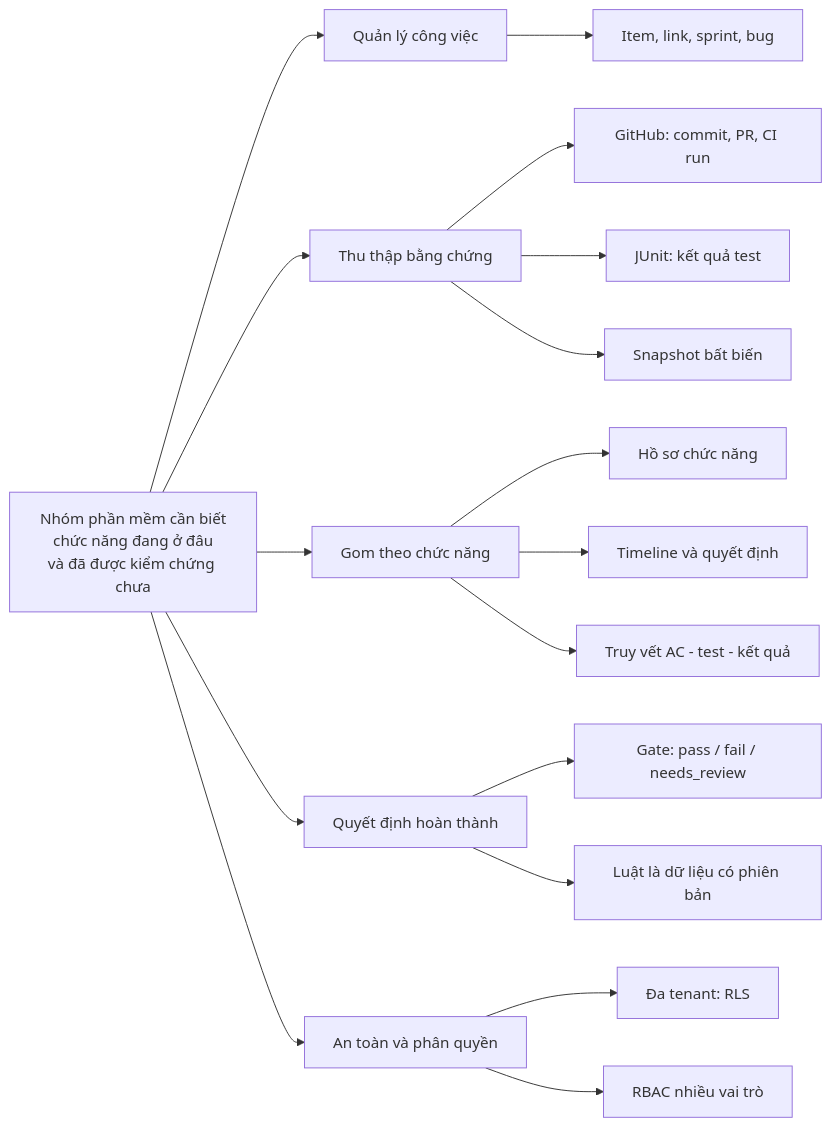
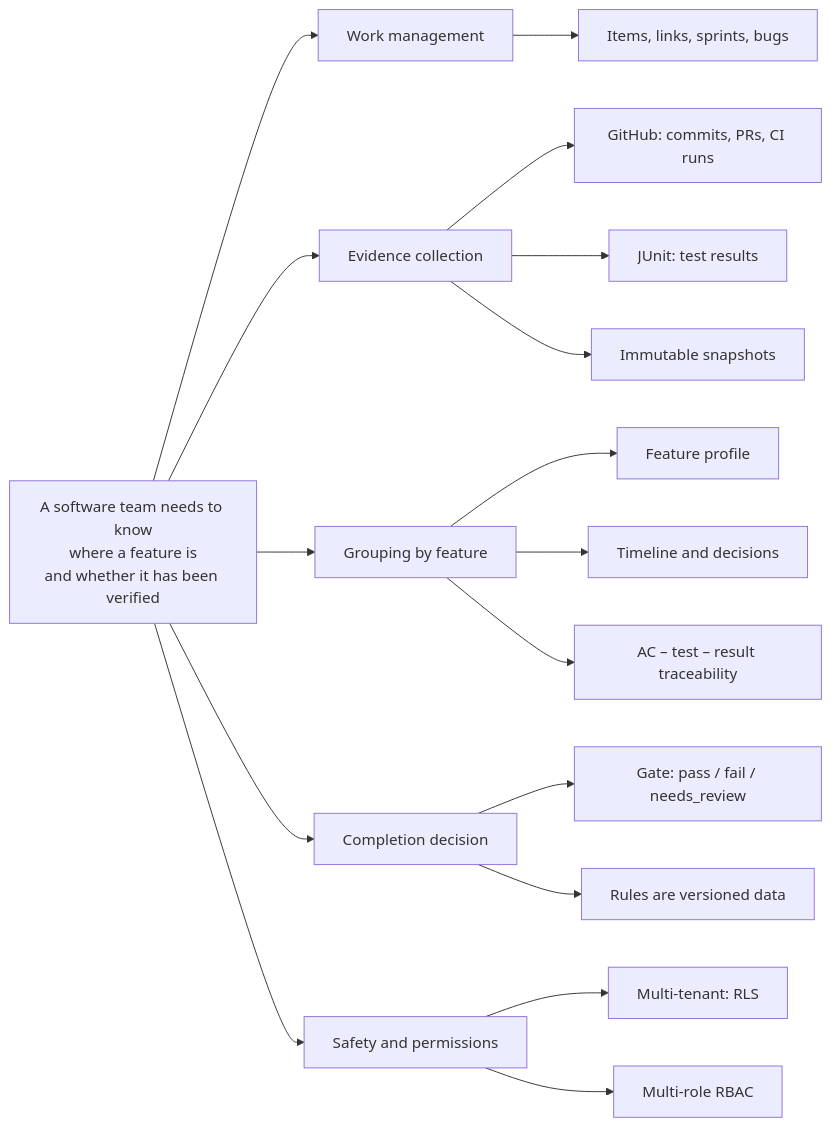
One commit to tungld9999blacksmith/Strata changed the first of 21 diagrams in README.md. Above: the diagram before and after it, drawn with Mermaid. The commit also changed other lines of this file and 13 other files, not shown here.

````diff
--- a/README.md
+++ b/README.md
@@ -51,20 +51,20 @@
 ```mermaid
 flowchart LR
-    ROOT["Nhóm phần mềm cần biết<br/>chức năng đang ở đâu<br/>và đã được kiểm chứng chưa"]
-    ROOT --> A["Quản lý công việc"]
-    ROOT --> B["Thu thập bằng chứng"]
-    ROOT --> C["Gom theo chức năng"]
-    ROOT --> D["Quyết định hoàn thành"]
-    ROOT --> E["An toàn và phân quyền"]
-    A --> A1["Item, link, sprint, bug"]
-    B --> B1["GitHub: commit, PR, CI run"]
-    B --> B2["JUnit: kết quả test"]
-    B --> B3["Snapshot bất biến"]
-    C --> C1["Hồ sơ chức năng"]
-    C --> C2["Timeline và quyết định"]
-    C --> C3["Truy vết AC - test - kết quả"]
+    ROOT["A software team needs to know<br/>where a feature is<br/>and whether it has been verified"]
+    ROOT --> A["Work management"]
+    ROOT --> B["Evidence collection"]
+    ROOT --> C["Grouping by feature"]
+    ROOT --> D["Completion decision"]
+    ROOT --> E["Safety and permissions"]
+    A --> A1["Items, links, sprints, bugs"]
+    B --> B1["GitHub: commits, PRs, CI runs"]
+    B --> B2["JUnit: test results"]
+    B --> B3["Immutable snapshots"]
+    C --> C1["Feature profile"]
+    C --> C2["Timeline and decisions"]
+    C --> C3["AC – test – result traceability"]
     D --> D1["Gate: pass / fail / needs_review"]
-    D --> D2["Luật là dữ liệu có phiên bản"]
-    E --> E1["Đa tenant: RLS"]
-    E --> E2["RBAC nhiều vai trò"]
+    D --> D2["Rules are versioned data"]
+    E --> E1["Multi-tenant: RLS"]
+    E --> E2["Multi-role RBAC"]
 ```
````
